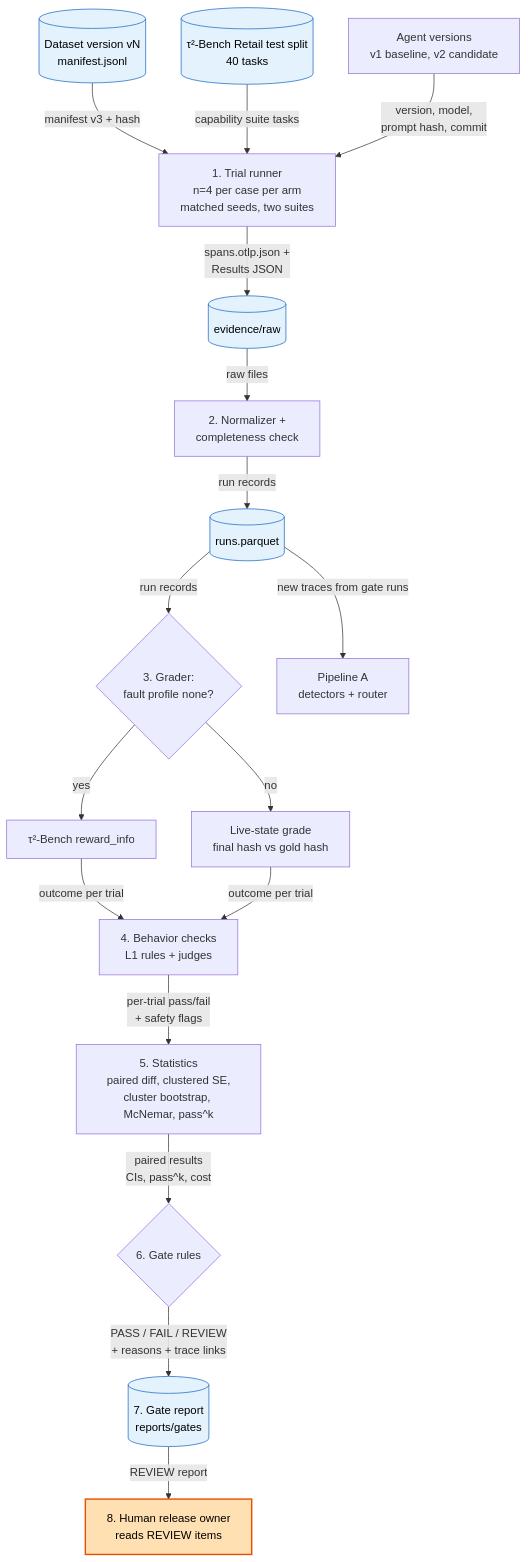
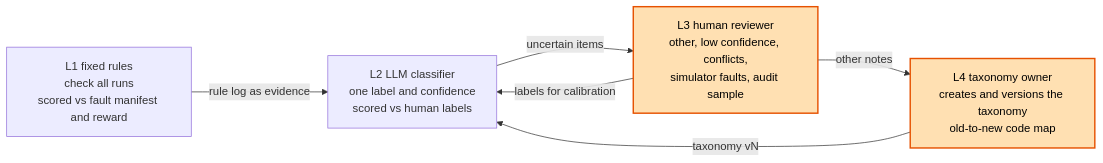
Before and after one commit to Neeraj138/trace-to-gate: the third of 13 diagrams in .agents/artifacts/tracetogate-foundations/04b-final-architecture-tracetogate-foundations.md, drawn with Mermaid. The commit also changed other lines of this file and 2 other files, not shown here.

First line of the commit message:
Rewrite architecture as a self-contained system design document

````diff
--- a/.agents/artifacts/tracetogate-foundations/04b-final-architecture-tracetogate-foundations.md
+++ b/.agents/artifacts/tracetogate-foundations/04b-final-architecture-tracetogate-foundations.md
@@ -252,42 +297,14 @@
 ```mermaid
-flowchart TD
+flowchart LR
     classDef human fill:#ffe0b2,stroke:#e65100,color:#000,stroke-width:2px
-    classDef store fill:#e3f2fd,stroke:#1565c0,color:#000
-
-    DS[("Dataset version vN<br/>manifest.jsonl")]
-    CAP[("τ²-Bench Retail test split<br/>40 tasks")]
-    AV["Agent versions<br/>v1 baseline, v2 candidate"]
-    TR["1. Trial runner<br/>n=4 per case per arm<br/>matched seeds, two suites"]
-    RAW[("evidence/raw")]
-    NORM["2. Normalizer +<br/>completeness check"]
-    PQ[("runs.parquet")]
-    GR{"3. Grader:<br/>fault profile none?"}
-    TAU["τ²-Bench reward_info"]
-    LIVE["Live-state grade<br/>final hash vs gold hash"]
-    BEH["4. Behavior checks<br/>L1 rules + judges"]
-    ST["5. Statistics<br/>paired diff, clustered SE,<br/>cluster bootstrap, McNemar, pass^k"]
-    GT{"6. Gate rules"}
-    REP[("7. Gate report<br/>reports/gates")]
-    HUM["8. Human release owner<br/>reads REVIEW items"]
-    PA["Pipeline A<br/>detectors + router"]
-
-    DS -->|"manifest v3 + hash"| TR
-    CAP -->|"capability suite tasks"| TR
-    AV -->|"version, model,<br/>prompt hash, commit"| TR
-    TR -->|"spans.otlp.json +<br/>Results JSON"| RAW
-    RAW -->|"raw files"| NORM
-    NORM -->|"run records"| PQ
-    PQ -->|"run records"| GR
-    GR -->|"yes"| TAU
-    GR -->|"no"| LIVE
-    TAU -->|"outcome per trial"| BEH
-    LIVE -->|"outcome per trial"| BEH
-    BEH -->|"per-trial pass/fail<br/>+ safety flags"| ST
-    ST -->|"paired results<br/>CIs, pass^k, cost"| GT
-    GT -->|"PASS / FAIL / REVIEW<br/>+ reasons + trace links"| REP
-    REP -->|"REVIEW report"| HUM
-    PQ -->|"new traces from gate runs"| PA
-
-    class HUM human
-    class DS,CAP,RAW,PQ,REP store
+    L1["L1 fixed rules<br/>check all runs<br/>scored vs fault manifest and reward"]
+    L2["L2 LLM classifier<br/>one label and confidence<br/>scored vs human labels"]
+    L3["L3 human reviewer<br/>other, low confidence, conflicts,<br/>simulator faults, audit sample"]
+    L4["L4 taxonomy owner<br/>creates and versions the taxonomy<br/>old-to-new code map"]
+    L1 -->|"rule log as evidence"| L2
+    L2 -->|"uncertain items"| L3
+    L3 -->|"other notes"| L4
+    L4 -->|"taxonomy vN"| L2
+    L3 -->|"labels for calibration"| L2
+    class L3,L4 human
 ```
````
